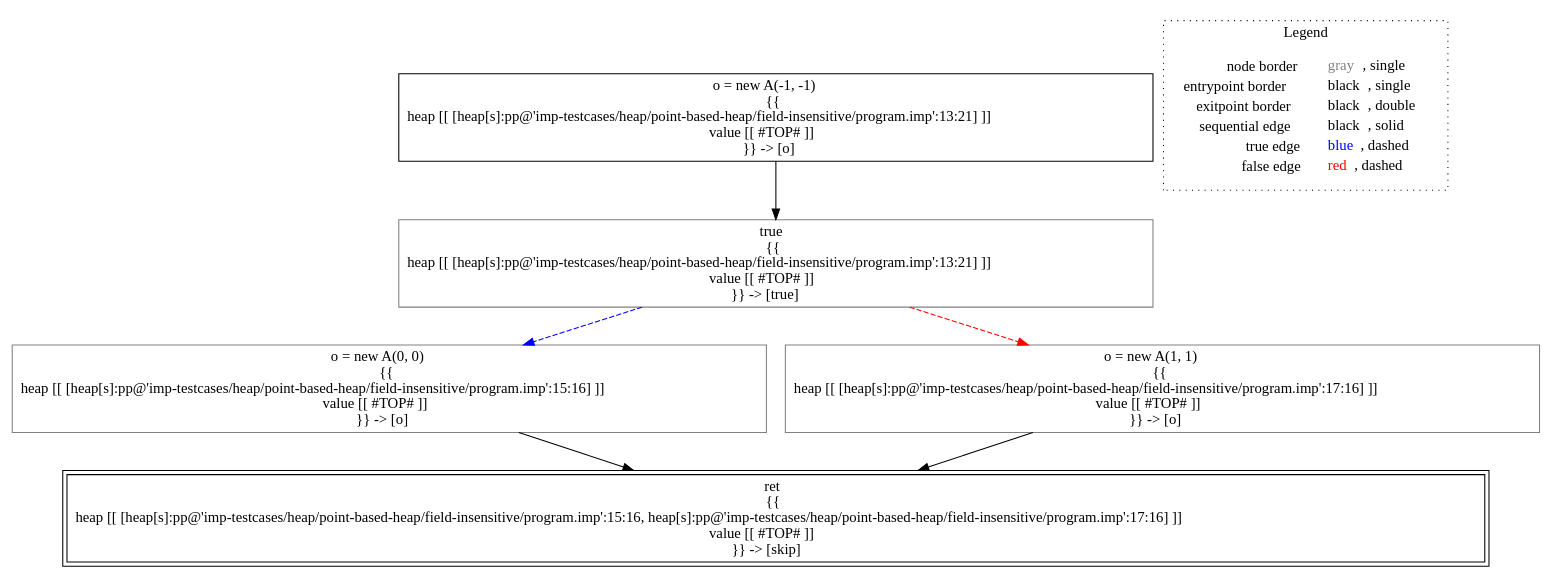
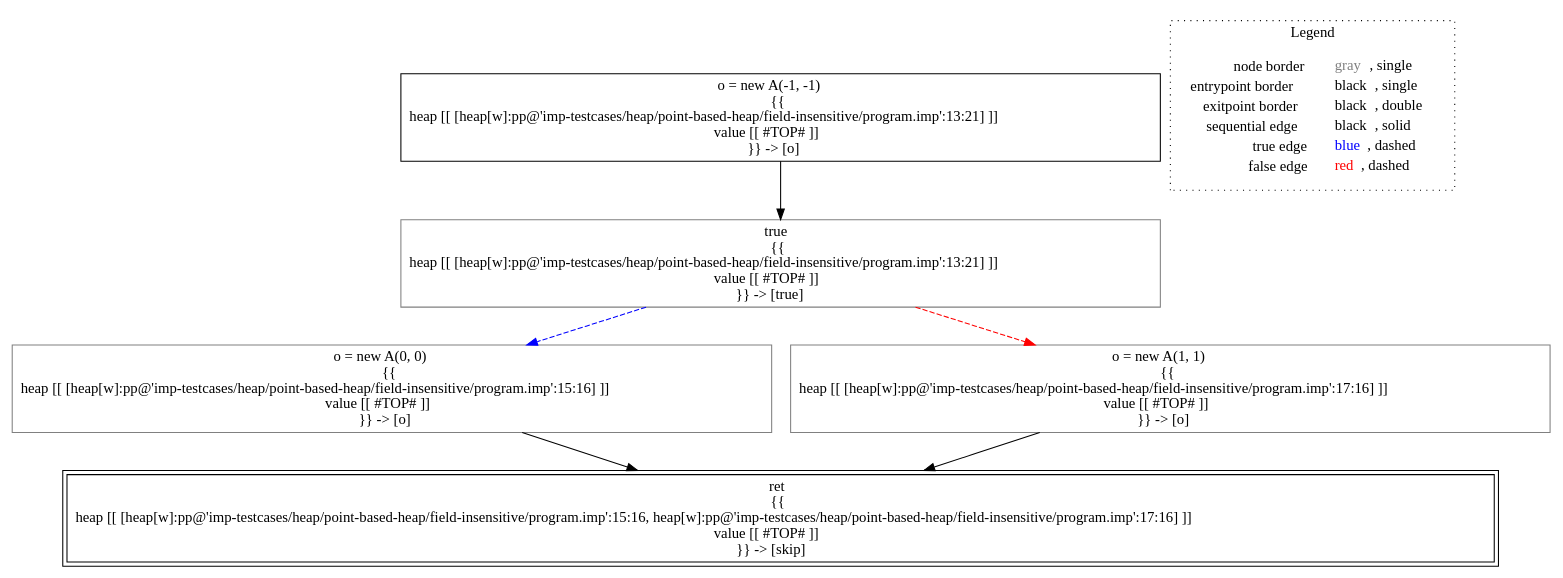
Before and after one commit to lisa-analyzer/lisa: the diagram in lisa/imp-testcases/heap/point-based-heap/field-insensitive/analysis___untyped_A.f2(A_this).dot, drawn with Graphviz. The commit also changed 8 other files, not shown here.

Commit message:
#95 completely removed substitutions from point based heap analyses

```diff
--- a/lisa/imp-testcases/heap/point-based-heap/field-insensitive/analysis___untyped_A.f2(A_this).dot
+++ b/lisa/imp-testcases/heap/point-based-heap/field-insensitive/analysis___untyped_A.f2(A_this).dot
@@ -1,19 +1,19 @@
 digraph {
-	"node0" [shape="rect",color="black",label=<o = new A(-1, -1)<BR/>{{<BR/>heap [[ [heap[s]:pp@'imp-testcases/heap/point-based-heap/field-insensitive/program.imp':13:21] ]]<BR/>value [[ #TOP# ]]<BR/>}} -&gt; [o]>];
-	"node1" [shape="rect",color="gray",label=<o = new A(0, 0)<BR/>{{<BR/>heap [[ [heap[s]:pp@'imp-testcases/heap/point-based-heap/field-insensitive/program.imp':15:16] ]]<BR/>value [[ #TOP# ]]<BR/>}} -&gt; [o]>];
-	"node2" [shape="rect",color="gray",label=<true<BR/>{{<BR/>heap [[ [heap[s]:pp@'imp-testcases/heap/point-based-heap/field-insensitive/program.imp':13:21] ]]<BR/>value [[ #TOP# ]]<BR/>}} -&gt; [true]>];
-	"node3" [shape="rect",color="black",peripheries="2",label=<ret<BR/>{{<BR/>heap [[ [heap[s]:pp@'imp-testcases/heap/point-based-heap/field-insensitive/program.imp':15:16, heap[s]:pp@'imp-testcases/heap/point-based-heap/field-insensitive/program.imp':17:16] ]]<BR/>value [[ #TOP# ]]<BR/>}} -&gt; [skip]>];
-	"node4" [shape="rect",color="gray",label=<o = new A(1, 1)<BR/>{{<BR/>heap [[ [heap[s]:pp@'imp-testcases/heap/point-based-heap/field-insensitive/program.imp':17:16] ]]<BR/>value [[ #TOP# ]]<BR/>}} -&gt; [o]>];
-	"node1" -> "node3" [color="black"];
-	"node0" -> "node2" [color="black"];
-	"node2" -> "node1" [color="blue",style="dashed"];
-	"node2" -> "node4" [color="red",style="dashed"];
-	"node4" -> "node3" [color="black"];
+	"node0" [shape="rect",color="black",label=<o = new A(-1, -1)<BR/>{{<BR/>heap [[ [heap[w]:pp@'imp-testcases/heap/point-based-heap/field-insensitive/program.imp':13:21] ]]<BR/>value [[ #TOP# ]]<BR/>}} -&gt; [o]>];
+	"node1" [shape="rect",color="gray",label=<o = new A(0, 0)<BR/>{{<BR/>heap [[ [heap[w]:pp@'imp-testcases/heap/point-based-heap/field-insensitive/program.imp':15:16] ]]<BR/>value [[ #TOP# ]]<BR/>}} -&gt; [o]>];
+	"node2" [shape="rect",color="gray",label=<o = new A(1, 1)<BR/>{{<BR/>heap [[ [heap[w]:pp@'imp-testcases/heap/point-based-heap/field-insensitive/program.imp':17:16] ]]<BR/>value [[ #TOP# ]]<BR/>}} -&gt; [o]>];
+	"node3" [shape="rect",color="gray",label=<true<BR/>{{<BR/>heap [[ [heap[w]:pp@'imp-testcases/heap/point-based-heap/field-insensitive/program.imp':13:21] ]]<BR/>value [[ #TOP# ]]<BR/>}} -&gt; [true]>];
+	"node4" [shape="rect",color="black",peripheries="2",label=<ret<BR/>{{<BR/>heap [[ [heap[w]:pp@'imp-testcases/heap/point-based-heap/field-insensitive/program.imp':15:16, heap[w]:pp@'imp-testcases/heap/point-based-heap/field-insensitive/program.imp':17:16] ]]<BR/>value [[ #TOP# ]]<BR/>}} -&gt; [skip]>];
+	"node1" -> "node4" [color="black"];
+	"node2" -> "node4" [color="black"];
+	"node3" -> "node1" [color="blue",style="dashed"];
+	"node3" -> "node2" [color="red",style="dashed"];
+	"node0" -> "node3" [color="black"];
 subgraph cluster_legend {
 	label="Legend";
 	style=dotted;
 	node [shape=plaintext];
 	"legend" [label=<<table border="0" cellpadding="2" cellspacing="0" cellborder="0"><tr><td align="right">node border&nbsp;</td><td align="left"><font color="gray">gray</font>, single</td></tr><tr><td align="right">entrypoint border&nbsp;</td><td align="left"><font color="black">black</font>, single</td></tr><tr><td align="right">exitpoint border&nbsp;</td><td align="left"><font color="black">black</font>, double</td></tr><tr><td align="right">sequential edge&nbsp;</td><td align="left"><font color="black">black</font>, solid</td></tr><tr><td align="right">true edge&nbsp;</td><td align="left"><font color="blue">blue</font>, dashed</td></tr><tr><td align="right">false edge&nbsp;</td><td align="left"><font color="red">red</font>, dashed</td></tr></table>>];
 }
 
 }
```
